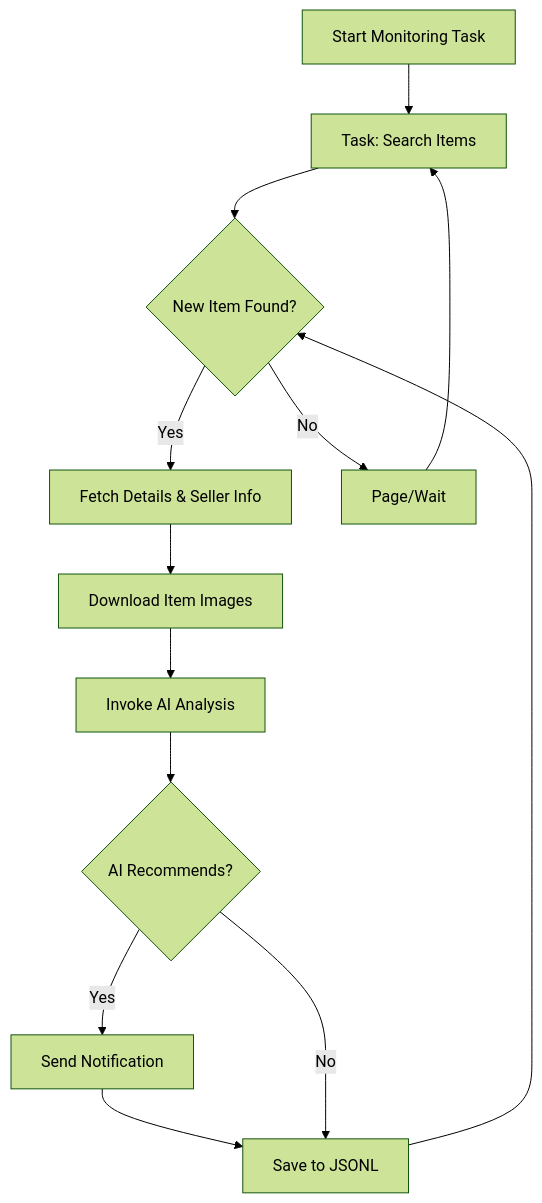
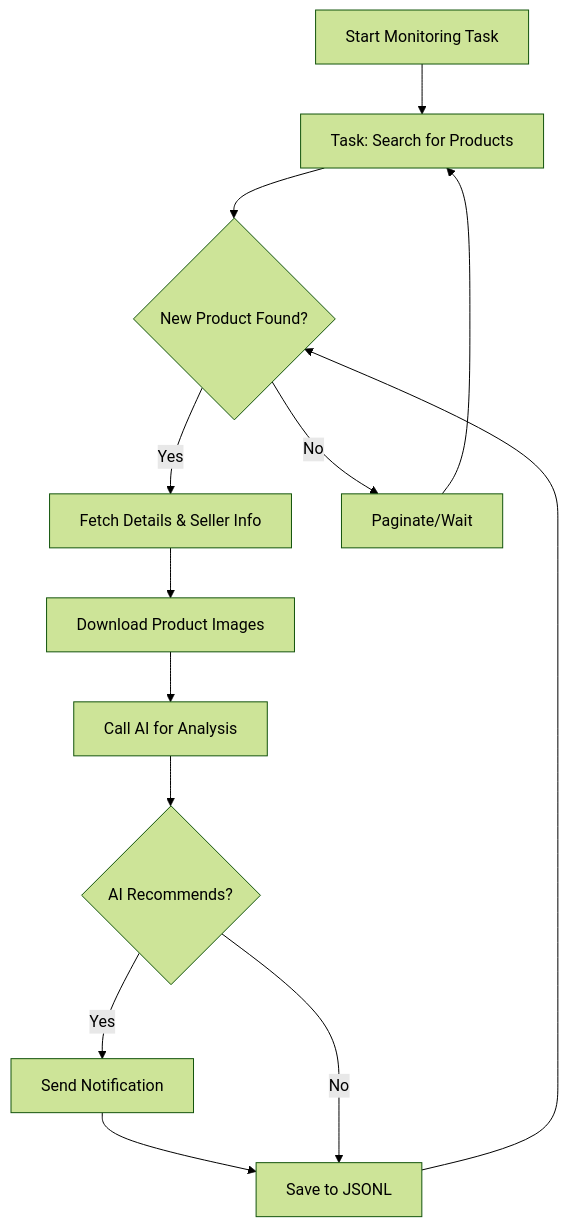
One commit to saurav-z/repo-docs changed the diagram in docs/dingyufei615-ai-goofish-monitor.md. Above: the diagram before and after it, drawn with Mermaid (forest theme). The commit also changed other lines of this file and 209 other files, not shown here.

````diff
--- a/docs/dingyufei615-ai-goofish-monitor.md
+++ b/docs/dingyufei615-ai-goofish-monitor.md
@@ -105,15 +170,15 @@
 ```mermaid
 graph TD
-    A[Start Monitoring Task] --> B[Task: Search Items];
-    B --> C{New Item Found?};
+    A[Start Monitoring Task] --> B[Task: Search for Products];
+    B --> C{New Product Found?};
     C -- Yes --> D[Fetch Details & Seller Info];
-    D --> E[Download Item Images];
-    E --> F[Invoke AI Analysis];
+    D --> E[Download Product Images];
+    E --> F[Call AI for Analysis];
     F --> G{AI Recommends?};
     G -- Yes --> H[Send Notification];
     H --> I[Save to JSONL];
     G -- No --> I;
-    C -- No --> J[Page/Wait];
+    C -- No --> J[Paginate/Wait];
     J --> B;
     I --> C;
 ```
````
